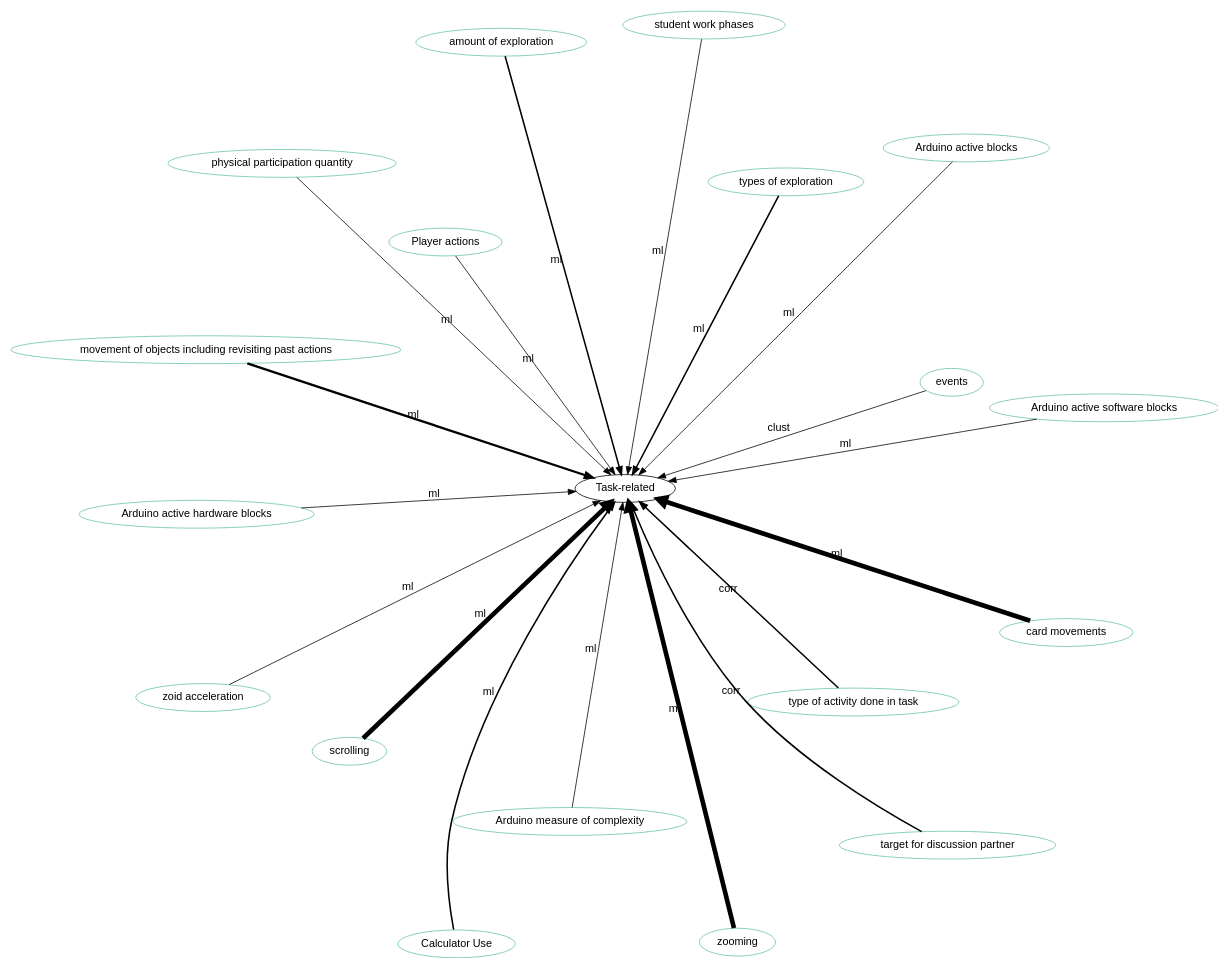
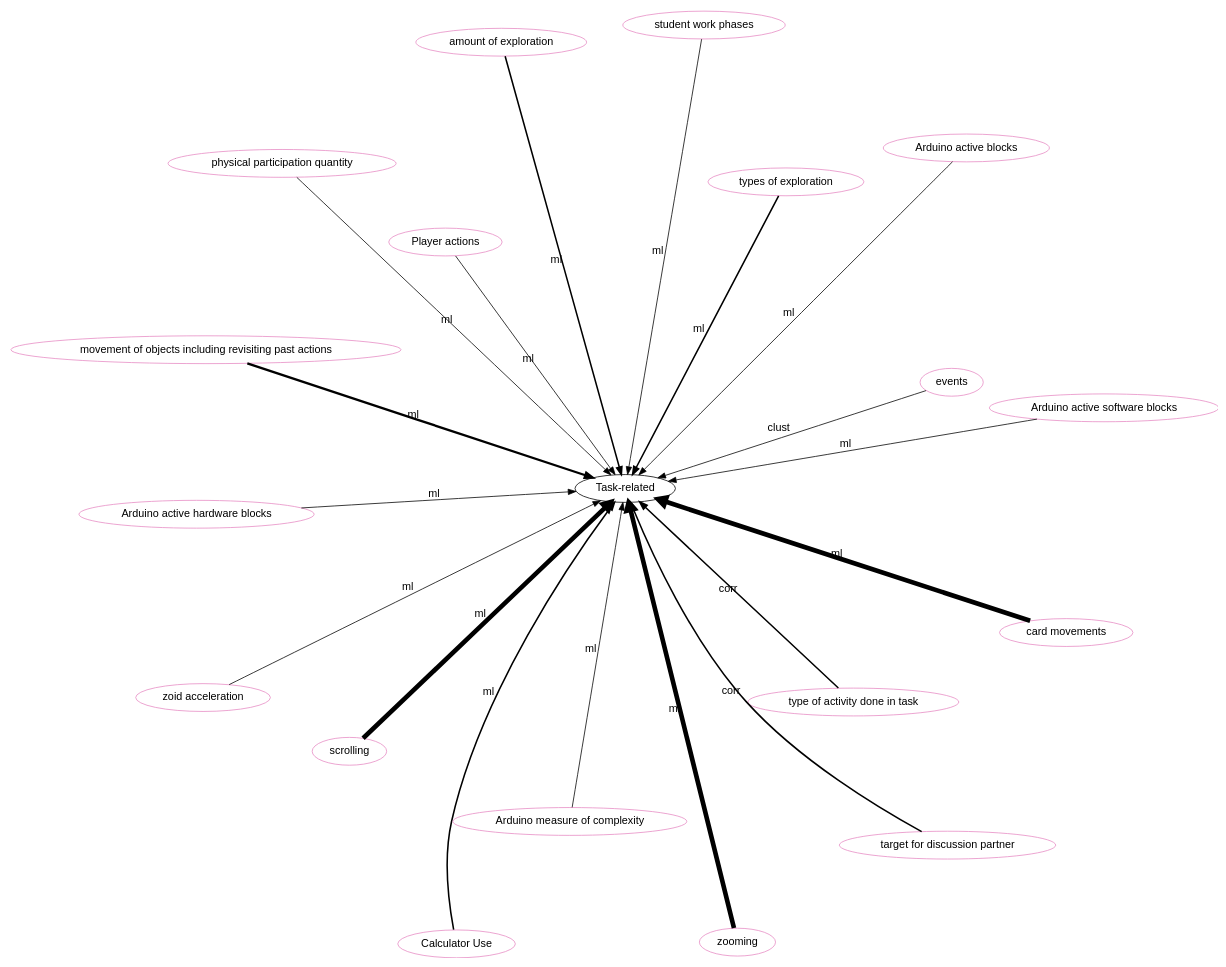
One commit to hgse-schneider/mmca changed the diagram in graphviz/Task-related.gv. Above: the diagram before and after it, drawn with Graphviz. The commit also changed 154 other files, not shown here.

```diff
--- a/graphviz/Task-related.gv
+++ b/graphviz/Task-related.gv
@@ -6,46 +6,46 @@
         edge [fontname = "helvetica", colorscheme=set28];
 
 	"Task-related" [href="index.svg"];
-	"events" [href="https://scholar.google.com/scholar?hl=en&q=Analysing%20frequent%20sequential%20patterns%20of%20collaborative%20learning%20activity%20around%20an%20interactive%20tabletop" target="_blank" , color="1"];
-	"Calculator Use" [href="https://scholar.google.com/scholar?hl=en&q=Expertise%20estimation%20based%20on%20simple%20multimodal%20features" target="_blank" , color="1"];
-	"Calculator Use" [href="https://scholar.google.com/scholar?hl=en&q=Expertise%20estimation%20based%20on%20simple%20multimodal%20features" target="_blank" , color="1"];
-	"amount of exploration" [href="https://scholar.google.com/scholar?hl=en&q=Unraveling%20Students'%20Interaction%20around%20a%20Tangible%20Interface%20Using%20Multimodal%20Learning%20Analytics." target="_blank" , color="1"];
-	"types of exploration" [href="https://scholar.google.com/scholar?hl=en&q=Unraveling%20Students'%20Interaction%20around%20a%20Tangible%20Interface%20Using%20Multimodal%20Learning%20Analytics." target="_blank" , color="1"];
-	"amount of exploration" [href="https://scholar.google.com/scholar?hl=en&q=Unraveling%20Students'%20Interaction%20around%20a%20Tangible%20Interface%20Using%20Multimodal%20Learning%20Analytics." target="_blank" , color="1"];
-	"types of exploration" [href="https://scholar.google.com/scholar?hl=en&q=Unraveling%20Students'%20Interaction%20around%20a%20Tangible%20Interface%20Using%20Multimodal%20Learning%20Analytics." target="_blank" , color="1"];
-	"Player actions" [href="https://scholar.google.com/scholar?hl=en&q=Gaze%20quality%20assisted%20automatic%20recognition%20of%20social%20contexts%20in%20collaborative%20Tetris" target="_blank" , color="1"];
-	"zoid acceleration" [href="https://scholar.google.com/scholar?hl=en&q=Gaze%20quality%20assisted%20automatic%20recognition%20of%20social%20contexts%20in%20collaborative%20Tetris" target="_blank" , color="1"];
-	"card movements" [href="https://scholar.google.com/scholar?hl=en&q=High%20Accuracy%20Detection%20of%20Collaboration%20From%20Log%20Data%20and%20Superficial%20Speech%20Features" target="_blank" , color="1"];
-	"scrolling" [href="https://scholar.google.com/scholar?hl=en&q=High%20Accuracy%20Detection%20of%20Collaboration%20From%20Log%20Data%20and%20Superficial%20Speech%20Features" target="_blank" , color="1"];
-	"zooming" [href="https://scholar.google.com/scholar?hl=en&q=High%20Accuracy%20Detection%20of%20Collaboration%20From%20Log%20Data%20and%20Superficial%20Speech%20Features" target="_blank" , color="1"];
-	"card movements" [href="https://scholar.google.com/scholar?hl=en&q=High%20Accuracy%20Detection%20of%20Collaboration%20From%20Log%20Data%20and%20Superficial%20Speech%20Features" target="_blank" , color="1"];
-	"scrolling" [href="https://scholar.google.com/scholar?hl=en&q=High%20Accuracy%20Detection%20of%20Collaboration%20From%20Log%20Data%20and%20Superficial%20Speech%20Features" target="_blank" , color="1"];
-	"zooming" [href="https://scholar.google.com/scholar?hl=en&q=High%20Accuracy%20Detection%20of%20Collaboration%20From%20Log%20Data%20and%20Superficial%20Speech%20Features" target="_blank" , color="1"];
-	"Arduino measure of complexity" [href="https://scholar.google.com/scholar?hl=en&q=Supervised%20machine%20learning%20in%20multimodal%20learning%20analytics%20for%20estimating%20success%20in%20project-based%20learning" target="_blank" , color="1"];
-	"Arduino active hardware blocks" [href="https://scholar.google.com/scholar?hl=en&q=Supervised%20machine%20learning%20in%20multimodal%20learning%20analytics%20for%20estimating%20success%20in%20project-based%20learning" target="_blank" , color="1"];
-	"Arduino active software blocks" [href="https://scholar.google.com/scholar?hl=en&q=Supervised%20machine%20learning%20in%20multimodal%20learning%20analytics%20for%20estimating%20success%20in%20project-based%20learning" target="_blank" , color="1"];
-	"Arduino active blocks" [href="https://scholar.google.com/scholar?hl=en&q=Supervised%20machine%20learning%20in%20multimodal%20learning%20analytics%20for%20estimating%20success%20in%20project-based%20learning" target="_blank" , color="1"];
-	"student work phases" [href="https://scholar.google.com/scholar?hl=en&q=Supervised%20machine%20learning%20in%20multimodal%20learning%20analytics%20for%20estimating%20success%20in%20project-based%20learning" target="_blank" , color="1"];
-	"type of activity done in task" [href="https://scholar.google.com/scholar?hl=en&q=Focused%20or%20Stuck%20Together:%20Multimodal%20Patterns%20Reveal%20Triads’%20Performance%20in%20Collaborative%20Problem%20Solving" target="_blank" , color="1"];
-	"target for discussion partner" [href="https://scholar.google.com/scholar?hl=en&q=Focused%20or%20Stuck%20Together:%20Multimodal%20Patterns%20Reveal%20Triads’%20Performance%20in%20Collaborative%20Problem%20Solving" target="_blank" , color="1"];
-	"type of activity done in task" [href="https://scholar.google.com/scholar?hl=en&q=Focused%20or%20Stuck%20Together:%20Multimodal%20Patterns%20Reveal%20Triads’%20Performance%20in%20Collaborative%20Problem%20Solving" target="_blank" , color="1"];
-	"target for discussion partner" [href="https://scholar.google.com/scholar?hl=en&q=Focused%20or%20Stuck%20Together:%20Multimodal%20Patterns%20Reveal%20Triads’%20Performance%20in%20Collaborative%20Problem%20Solving" target="_blank" , color="1"];
-	"physical participation quantity" [href="https://scholar.google.com/scholar?hl=en&q=Modelling%20and%20Identifying%20Collaborative%20Situations%20in%20a%20Collocated%20Multi-display%20Groupware%20Setting" target="_blank" , color="1"];
-	"movement of objects including revisiting past actions" [href="https://scholar.google.com/scholar?hl=en&q=Using%20the%20Tablet%20Gestures%20and%20Speech%20of%20Pairs%20of%20Students%20to%20Classify%20Their%20Collaboration" target="_blank" , color="1"];
-	"card movements" [href="https://scholar.google.com/scholar?hl=en&q=High%20Accuracy%20Detection%20of%20Collaboration%20From%20Log%20Data%20and%20Superficial%20Speech%20Features" target="_blank" , color="1"];
-	"card movements" [href="https://scholar.google.com/scholar?hl=en&q=High%20Accuracy%20Detection%20of%20Collaboration%20From%20Log%20Data%20and%20Superficial%20Speech%20Features" target="_blank" , color="1"];
-	"scrolling" [href="https://scholar.google.com/scholar?hl=en&q=High%20Accuracy%20Detection%20of%20Collaboration%20From%20Log%20Data%20and%20Superficial%20Speech%20Features" target="_blank" , color="1"];
-	"scrolling" [href="https://scholar.google.com/scholar?hl=en&q=High%20Accuracy%20Detection%20of%20Collaboration%20From%20Log%20Data%20and%20Superficial%20Speech%20Features" target="_blank" , color="1"];
-	"zooming" [href="https://scholar.google.com/scholar?hl=en&q=High%20Accuracy%20Detection%20of%20Collaboration%20From%20Log%20Data%20and%20Superficial%20Speech%20Features" target="_blank" , color="1"];
-	"zooming" [href="https://scholar.google.com/scholar?hl=en&q=High%20Accuracy%20Detection%20of%20Collaboration%20From%20Log%20Data%20and%20Superficial%20Speech%20Features" target="_blank" , color="1"];
-	"card movements" [href="https://scholar.google.com/scholar?hl=en&q=High%20Accuracy%20Detection%20of%20Collaboration%20From%20Log%20Data%20and%20Superficial%20Speech%20Features" target="_blank" , color="1"];
-	"card movements" [href="https://scholar.google.com/scholar?hl=en&q=High%20Accuracy%20Detection%20of%20Collaboration%20From%20Log%20Data%20and%20Superficial%20Speech%20Features" target="_blank" , color="1"];
-	"scrolling" [href="https://scholar.google.com/scholar?hl=en&q=High%20Accuracy%20Detection%20of%20Collaboration%20From%20Log%20Data%20and%20Superficial%20Speech%20Features" target="_blank" , color="1"];
-	"scrolling" [href="https://scholar.google.com/scholar?hl=en&q=High%20Accuracy%20Detection%20of%20Collaboration%20From%20Log%20Data%20and%20Superficial%20Speech%20Features" target="_blank" , color="1"];
-	"zooming" [href="https://scholar.google.com/scholar?hl=en&q=High%20Accuracy%20Detection%20of%20Collaboration%20From%20Log%20Data%20and%20Superficial%20Speech%20Features" target="_blank" , color="1"];
-	"zooming" [href="https://scholar.google.com/scholar?hl=en&q=High%20Accuracy%20Detection%20of%20Collaboration%20From%20Log%20Data%20and%20Superficial%20Speech%20Features" target="_blank" , color="1"];
-	"movement of objects including revisiting past actions" [href="https://scholar.google.com/scholar?hl=en&q=Using%20the%20Tablet%20Gestures%20and%20Speech%20of%20Pairs%20of%20Students%20to%20Classify%20Their%20Collaboration" target="_blank" , color="1"];
-	"movement of objects including revisiting past actions" [href="https://scholar.google.com/scholar?hl=en&q=Using%20the%20Tablet%20Gestures%20and%20Speech%20of%20Pairs%20of%20Students%20to%20Classify%20Their%20Collaboration" target="_blank" , color="1"];
+	"events" [href="https://scholar.google.com/scholar?hl=en&q=Analysing%20frequent%20sequential%20patterns%20of%20collaborative%20learning%20activity%20around%20an%20interactive%20tabletop" target="_blank" , color="4"];
+	"Calculator Use" [href="https://scholar.google.com/scholar?hl=en&q=Expertise%20estimation%20based%20on%20simple%20multimodal%20features" target="_blank" , color="4"];
+	"Calculator Use" [href="https://scholar.google.com/scholar?hl=en&q=Expertise%20estimation%20based%20on%20simple%20multimodal%20features" target="_blank" , color="4"];
+	"amount of exploration" [href="https://scholar.google.com/scholar?hl=en&q=Unraveling%20Students'%20Interaction%20around%20a%20Tangible%20Interface%20Using%20Multimodal%20Learning%20Analytics." target="_blank" , color="4"];
+	"types of exploration" [href="https://scholar.google.com/scholar?hl=en&q=Unraveling%20Students'%20Interaction%20around%20a%20Tangible%20Interface%20Using%20Multimodal%20Learning%20Analytics." target="_blank" , color="4"];
+	"amount of exploration" [href="https://scholar.google.com/scholar?hl=en&q=Unraveling%20Students'%20Interaction%20around%20a%20Tangible%20Interface%20Using%20Multimodal%20Learning%20Analytics." target="_blank" , color="4"];
+	"types of exploration" [href="https://scholar.google.com/scholar?hl=en&q=Unraveling%20Students'%20Interaction%20around%20a%20Tangible%20Interface%20Using%20Multimodal%20Learning%20Analytics." target="_blank" , color="4"];
+	"Player actions" [href="https://scholar.google.com/scholar?hl=en&q=Gaze%20quality%20assisted%20automatic%20recognition%20of%20social%20contexts%20in%20collaborative%20Tetris" target="_blank" , color="4"];
+	"zoid acceleration" [href="https://scholar.google.com/scholar?hl=en&q=Gaze%20quality%20assisted%20automatic%20recognition%20of%20social%20contexts%20in%20collaborative%20Tetris" target="_blank" , color="4"];
+	"card movements" [href="https://scholar.google.com/scholar?hl=en&q=High%20Accuracy%20Detection%20of%20Collaboration%20From%20Log%20Data%20and%20Superficial%20Speech%20Features" target="_blank" , color="4"];
+	"scrolling" [href="https://scholar.google.com/scholar?hl=en&q=High%20Accuracy%20Detection%20of%20Collaboration%20From%20Log%20Data%20and%20Superficial%20Speech%20Features" target="_blank" , color="4"];
+	"zooming" [href="https://scholar.google.com/scholar?hl=en&q=High%20Accuracy%20Detection%20of%20Collaboration%20From%20Log%20Data%20and%20Superficial%20Speech%20Features" target="_blank" , color="4"];
+	"card movements" [href="https://scholar.google.com/scholar?hl=en&q=High%20Accuracy%20Detection%20of%20Collaboration%20From%20Log%20Data%20and%20Superficial%20Speech%20Features" target="_blank" , color="4"];
+	"scrolling" [href="https://scholar.google.com/scholar?hl=en&q=High%20Accuracy%20Detection%20of%20Collaboration%20From%20Log%20Data%20and%20Superficial%20Speech%20Features" target="_blank" , color="4"];
+	"zooming" [href="https://scholar.google.com/scholar?hl=en&q=High%20Accuracy%20Detection%20of%20Collaboration%20From%20Log%20Data%20and%20Superficial%20Speech%20Features" target="_blank" , color="4"];
+	"Arduino measure of complexity" [href="https://scholar.google.com/scholar?hl=en&q=Supervised%20machine%20learning%20in%20multimodal%20learning%20analytics%20for%20estimating%20success%20in%20project-based%20learning" target="_blank" , color="4"];
+	"Arduino active hardware blocks" [href="https://scholar.google.com/scholar?hl=en&q=Supervised%20machine%20learning%20in%20multimodal%20learning%20analytics%20for%20estimating%20success%20in%20project-based%20learning" target="_blank" , color="4"];
+	"Arduino active software blocks" [href="https://scholar.google.com/scholar?hl=en&q=Supervised%20machine%20learning%20in%20multimodal%20learning%20analytics%20for%20estimating%20success%20in%20project-based%20learning" target="_blank" , color="4"];
+	"Arduino active blocks" [href="https://scholar.google.com/scholar?hl=en&q=Supervised%20machine%20learning%20in%20multimodal%20learning%20analytics%20for%20estimating%20success%20in%20project-based%20learning" target="_blank" , color="4"];
+	"student work phases" [href="https://scholar.google.com/scholar?hl=en&q=Supervised%20machine%20learning%20in%20multimodal%20learning%20analytics%20for%20estimating%20success%20in%20project-based%20learning" target="_blank" , color="4"];
+	"type of activity done in task" [href="https://scholar.google.com/scholar?hl=en&q=Focused%20or%20Stuck%20Together:%20Multimodal%20Patterns%20Reveal%20Triads’%20Performance%20in%20Collaborative%20Problem%20Solving" target="_blank" , color="4"];
+	"target for discussion partner" [href="https://scholar.google.com/scholar?hl=en&q=Focused%20or%20Stuck%20Together:%20Multimodal%20Patterns%20Reveal%20Triads’%20Performance%20in%20Collaborative%20Problem%20Solving" target="_blank" , color="4"];
+	"type of activity done in task" [href="https://scholar.google.com/scholar?hl=en&q=Focused%20or%20Stuck%20Together:%20Multimodal%20Patterns%20Reveal%20Triads’%20Performance%20in%20Collaborative%20Problem%20Solving" target="_blank" , color="4"];
+	"target for discussion partner" [href="https://scholar.google.com/scholar?hl=en&q=Focused%20or%20Stuck%20Together:%20Multimodal%20Patterns%20Reveal%20Triads’%20Performance%20in%20Collaborative%20Problem%20Solving" target="_blank" , color="4"];
+	"physical participation quantity" [href="https://scholar.google.com/scholar?hl=en&q=Modelling%20and%20Identifying%20Collaborative%20Situations%20in%20a%20Collocated%20Multi-display%20Groupware%20Setting" target="_blank" , color="4"];
+	"movement of objects including revisiting past actions" [href="https://scholar.google.com/scholar?hl=en&q=Using%20the%20Tablet%20Gestures%20and%20Speech%20of%20Pairs%20of%20Students%20to%20Classify%20Their%20Collaboration" target="_blank" , color="4"];
+	"card movements" [href="https://scholar.google.com/scholar?hl=en&q=High%20Accuracy%20Detection%20of%20Collaboration%20From%20Log%20Data%20and%20Superficial%20Speech%20Features" target="_blank" , color="4"];
+	"card movements" [href="https://scholar.google.com/scholar?hl=en&q=High%20Accuracy%20Detection%20of%20Collaboration%20From%20Log%20Data%20and%20Superficial%20Speech%20Features" target="_blank" , color="4"];
+	"scrolling" [href="https://scholar.google.com/scholar?hl=en&q=High%20Accuracy%20Detection%20of%20Collaboration%20From%20Log%20Data%20and%20Superficial%20Speech%20Features" target="_blank" , color="4"];
+	"scrolling" [href="https://scholar.google.com/scholar?hl=en&q=High%20Accuracy%20Detection%20of%20Collaboration%20From%20Log%20Data%20and%20Superficial%20Speech%20Features" target="_blank" , color="4"];
+	"zooming" [href="https://scholar.google.com/scholar?hl=en&q=High%20Accuracy%20Detection%20of%20Collaboration%20From%20Log%20Data%20and%20Superficial%20Speech%20Features" target="_blank" , color="4"];
+	"zooming" [href="https://scholar.google.com/scholar?hl=en&q=High%20Accuracy%20Detection%20of%20Collaboration%20From%20Log%20Data%20and%20Superficial%20Speech%20Features" target="_blank" , color="4"];
+	"card movements" [href="https://scholar.google.com/scholar?hl=en&q=High%20Accuracy%20Detection%20of%20Collaboration%20From%20Log%20Data%20and%20Superficial%20Speech%20Features" target="_blank" , color="4"];
+	"card movements" [href="https://scholar.google.com/scholar?hl=en&q=High%20Accuracy%20Detection%20of%20Collaboration%20From%20Log%20Data%20and%20Superficial%20Speech%20Features" target="_blank" , color="4"];
+	"scrolling" [href="https://scholar.google.com/scholar?hl=en&q=High%20Accuracy%20Detection%20of%20Collaboration%20From%20Log%20Data%20and%20Superficial%20Speech%20Features" target="_blank" , color="4"];
+	"scrolling" [href="https://scholar.google.com/scholar?hl=en&q=High%20Accuracy%20Detection%20of%20Collaboration%20From%20Log%20Data%20and%20Superficial%20Speech%20Features" target="_blank" , color="4"];
+	"zooming" [href="https://scholar.google.com/scholar?hl=en&q=High%20Accuracy%20Detection%20of%20Collaboration%20From%20Log%20Data%20and%20Superficial%20Speech%20Features" target="_blank" , color="4"];
+	"zooming" [href="https://scholar.google.com/scholar?hl=en&q=High%20Accuracy%20Detection%20of%20Collaboration%20From%20Log%20Data%20and%20Superficial%20Speech%20Features" target="_blank" , color="4"];
+	"movement of objects including revisiting past actions" [href="https://scholar.google.com/scholar?hl=en&q=Using%20the%20Tablet%20Gestures%20and%20Speech%20of%20Pairs%20of%20Students%20to%20Classify%20Their%20Collaboration" target="_blank" , color="4"];
+	"movement of objects including revisiting past actions" [href="https://scholar.google.com/scholar?hl=en&q=Using%20the%20Tablet%20Gestures%20and%20Speech%20of%20Pairs%20of%20Students%20to%20Classify%20Their%20Collaboration" target="_blank" , color="4"];
 	"events" -> "Task-related" [label="clust", labeltooltip=1, style="solid", penwidth=1];
 	"Calculator Use" -> "Task-related" [label="ml", labeltooltip=2, style="solid", penwidth=2];
 	"amount of exploration" -> "Task-related" [label="ml", labeltooltip=2, style="solid", penwidth=2];
```
